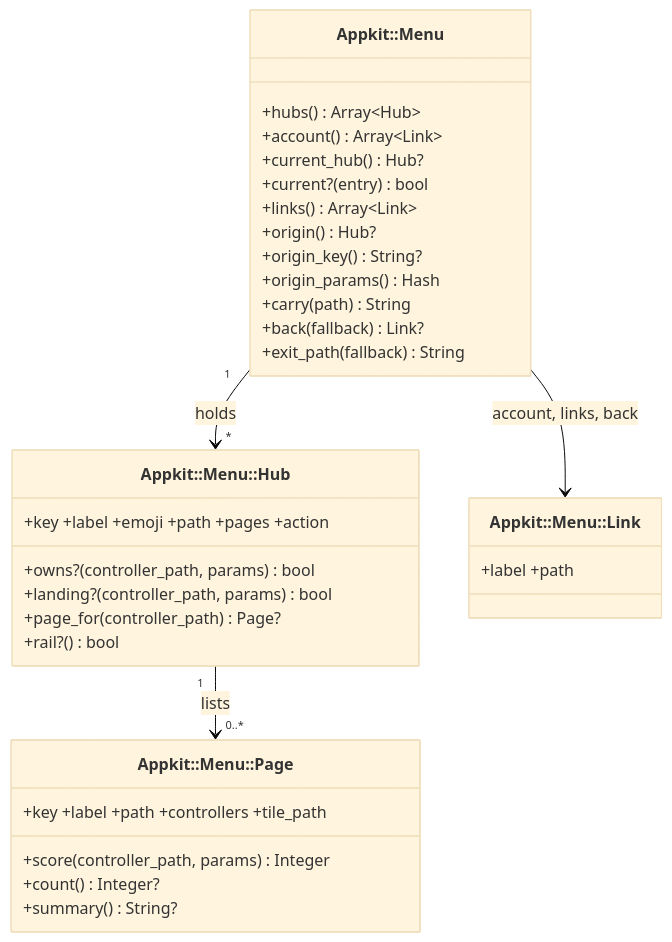
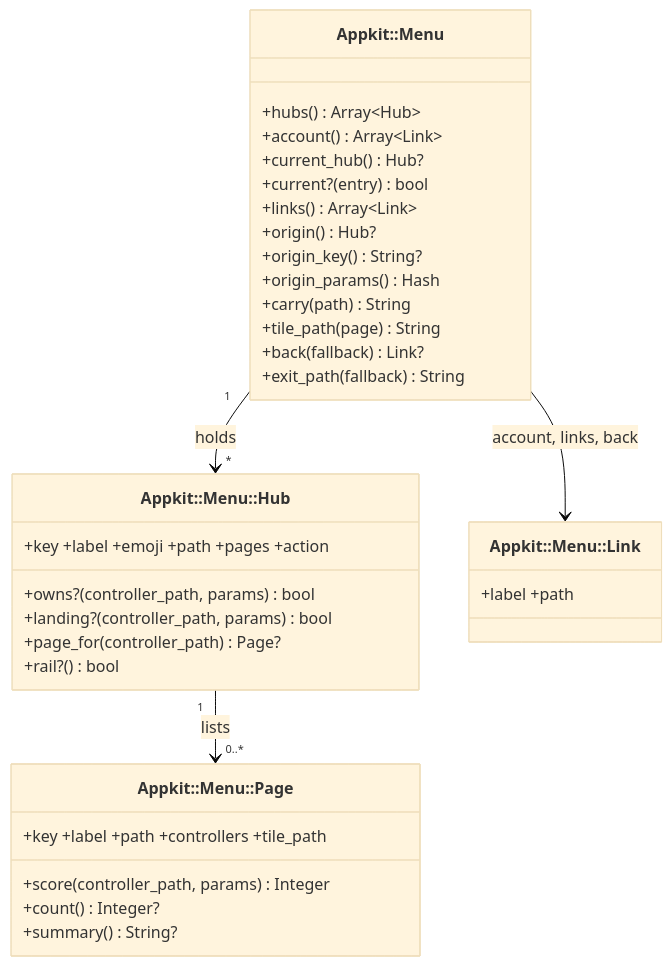
The first of 2 diagrams in docs/changes/navigation-hubs/plan.md (eirvandelden/appkit), drawn with Mermaid (base theme) before and after one commit. The commit also changed other lines of this file and 10 other files, not shown here.

First line of the commit message:
Start the origin flow at a tile with Menu#tile_path

````diff
--- a/docs/changes/navigation-hubs/plan.md
+++ b/docs/changes/navigation-hubs/plan.md
@@ -24,35 +24,36 @@
 ```mermaid
 classDiagram
   class AppkitMenu["Appkit::Menu"] {
     +hubs() Array~Hub~
     +account() Array~Link~
     +current_hub() Hub?
     +current?(entry) bool
     +links() Array~Link~
     +origin() Hub?
     +origin_key() String?
     +origin_params() Hash
     +carry(path) String
+    +tile_path(page) String
     +back(fallback) Link?
     +exit_path(fallback) String
   }
   class Hub["Appkit::Menu::Hub"] {
     +key +label +emoji +path +pages +action
     +owns?(controller_path, params) bool
     +landing?(controller_path, params) bool
     +page_for(controller_path) Page?
     +rail?() bool
   }
   class Page["Appkit::Menu::Page"] {
     +key +label +path +controllers +tile_path
     +score(controller_path, params) Integer
     +count() Integer?
     +summary() String?
   }
   class Link["Appkit::Menu::Link"] {
     +label +path
   }
   AppkitMenu "1" --> "*" Hub : holds
   Hub "1" --> "0..*" Page : lists
   AppkitMenu --> Link : account, links, back
 ```
````
